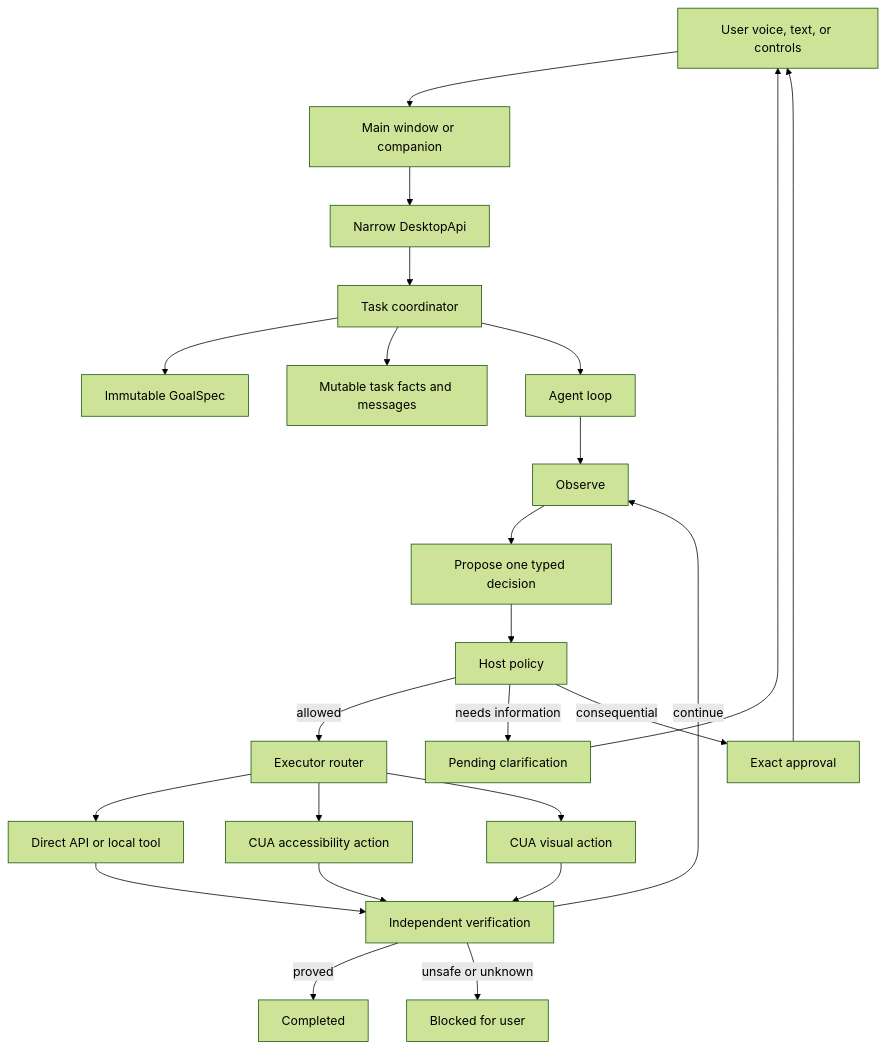
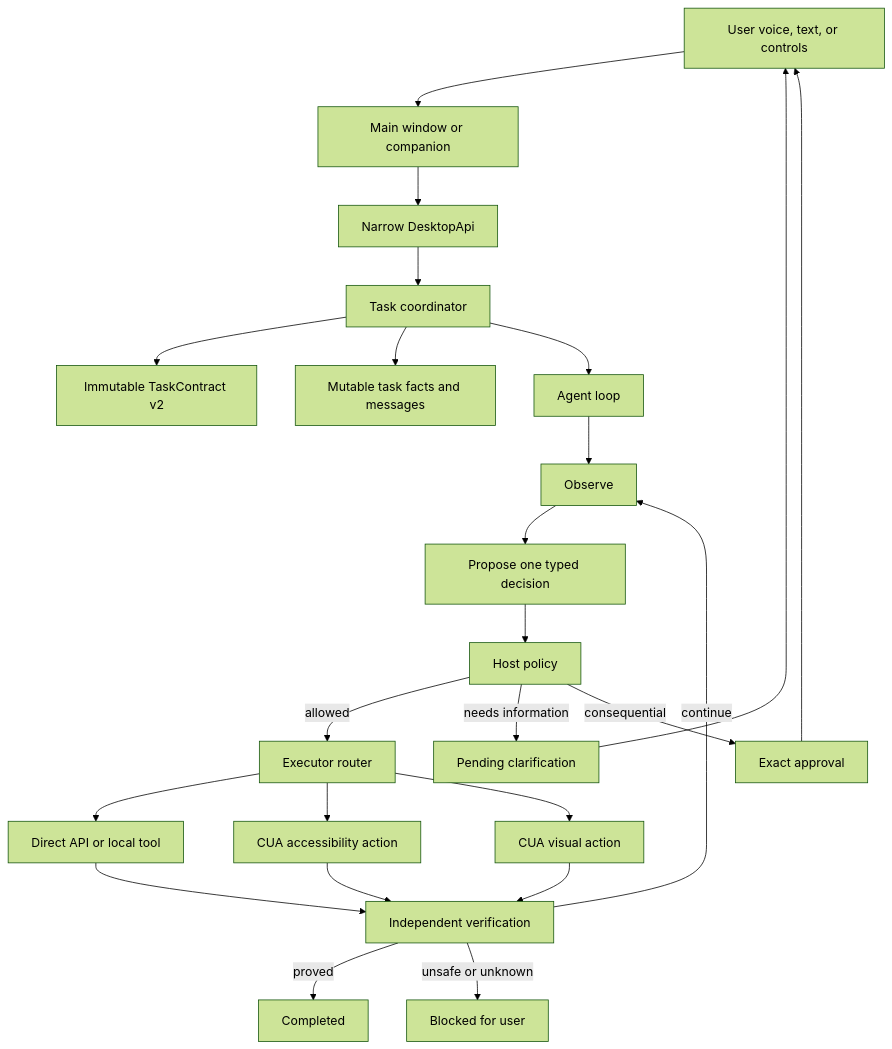
Before and after one commit to ducnguyen67201/TroCode: the first of 2 diagrams in docs/conversational-task-execution.md, drawn with Mermaid (forest theme). The commit also changed other lines of this file and 47 other files, not shown here.

````diff
--- a/docs/conversational-task-execution.md
+++ b/docs/conversational-task-execution.md
@@ -66,26 +66,26 @@
 ```mermaid
 flowchart TD
     USER["User voice, text, or controls"] --> UI["Main window or companion"]
     UI --> API["Narrow DesktopApi"]
     API --> COORD["Task coordinator"]
-    COORD --> GOAL["Immutable GoalSpec"]
+    COORD --> GOAL["Immutable TaskContract v2"]
     COORD --> FACTS["Mutable task facts and messages"]
     COORD --> LOOP["Agent loop"]
     LOOP --> OBS["Observe"]
     OBS --> DECIDE["Propose one typed decision"]
     DECIDE --> POLICY["Host policy"]
     POLICY -->|"allowed"| EXEC["Executor router"]
     POLICY -->|"needs information"| ASK["Pending clarification"]
     POLICY -->|"consequential"| APPROVE["Exact approval"]
     ASK --> USER
     APPROVE --> USER
     EXEC --> DIRECT["Direct API or local tool"]
     EXEC --> A11Y["CUA accessibility action"]
     EXEC --> PIXEL["CUA visual action"]
     DIRECT --> VERIFY["Independent verification"]
     A11Y --> VERIFY
     PIXEL --> VERIFY
     VERIFY -->|"continue"| OBS
     VERIFY -->|"proved"| DONE["Completed"]
     VERIFY -->|"unsafe or unknown"| STOP["Blocked for user"]
 ```
````
